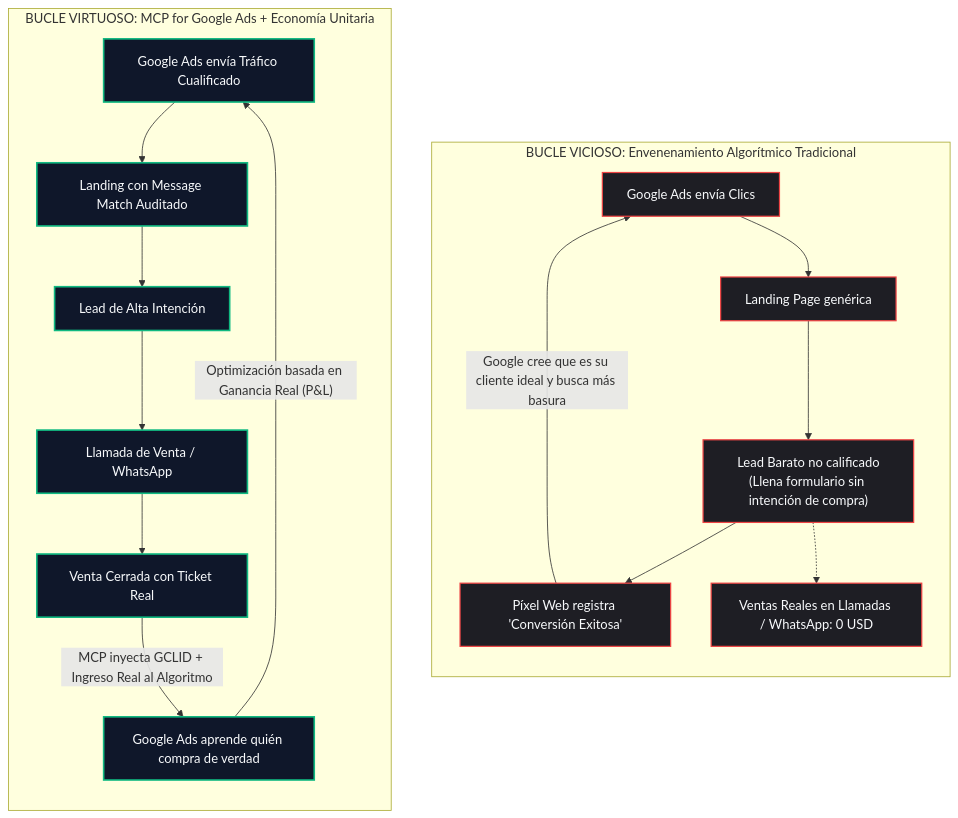
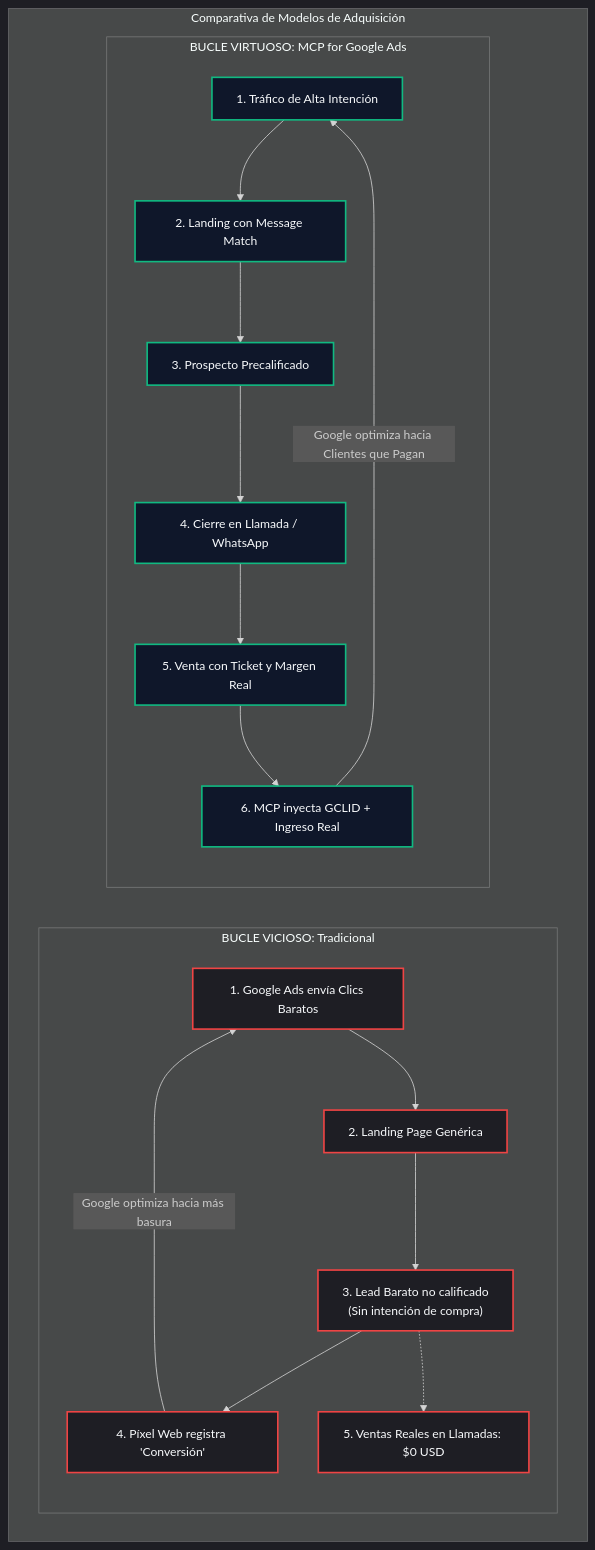
The second of 3 diagrams in README_es.md (eddvasquez/mcp-for-google-ads), drawn with Mermaid before and after one commit. The commit also changed other lines of this file and 1 other file, not shown here.

Commit message:
docs(diagrams): optimizar tamano de fuentes, padding y wrapping para ajuste perfecto 1:1 en GitHub

````diff
--- a/README_es.md
+++ b/README_es.md
@@ -128,26 +129,37 @@
 ```mermaid
+%%{init: {'theme': 'dark', 'themeVariables': { 'fontSize': '15px' }}}%%
 flowchart TD
-    subgraph POISON ["BUCLE VICIOSO: Envenenamiento Algorítmico Tradicional"]
-        direction TB
-        P1["Google Ads envía Clics"] --> P2["Landing Page genérica"]
-        P2 --> P3["Lead Barato no calificado<br>(Llena formulario sin intención de compra)"]
-        P3 --> P4["Píxel Web registra 'Conversión Exitosa'"]
-        P4 -->|"Google cree que es su cliente ideal y busca más basura"| P1
-        P3 -.-> P5["Ventas Reales en Llamadas / WhatsApp: 0 USD"]
+    subgraph BUCLES ["Comparativa de Modelos de Adquisición"]
+        direction LR
+        subgraph POISON ["BUCLE VICIOSO: Tradicional"]
+            direction TB
+            P1["1. Google Ads envía Clics Baratos"]
+            P2["2. Landing Page Genérica"]
+            P3["3. Lead Barato no calificado<br>(Sin intención de compra)"]
+            P4["4. Píxel Web registra 'Conversión'"]
+            P5["5. Ventas Reales en Llamadas: $0 USD"]
+
+            P1 --> P2 --> P3 --> P4
+            P4 -->|"Google optimiza hacia más basura"| P1
+            P3 -.-> P5
+        end
+
+        subgraph CURE ["BUCLE VIRTUOSO: MCP for Google Ads"]
+            direction TB
+            C1["1. Tráfico de Alta Intención"]
+            C2["2. Landing con Message Match"]
+            C3["3. Prospecto Precalificado"]
+            C4["4. Cierre en Llamada / WhatsApp"]
+            C5["5. Venta con Ticket y Margen Real"]
+            C6["6. MCP inyecta GCLID + Ingreso Real"]
+
+            C1 --> C2 --> C3 --> C4 --> C5 --> C6
+            C6 -->|"Google optimiza hacia Clientes que Pagan"| C1
+        end
     end
 
-    subgraph CURE ["BUCLE VIRTUOSO: MCP for Google Ads + Economía Unitaria"]
-        direction TB
-        C1["Google Ads envía Tráfico Cualificado"] --> C2["Landing con Message Match Auditado"]
-        C2 --> C3["Lead de Alta Intención"]
-        C3 --> C4["Llamada de Venta / WhatsApp"]
-        C4 --> C5["Venta Cerrada con Ticket Real"]
-        C5 -->|"MCP inyecta GCLID + Ingreso Real al Algoritmo"| C6["Google Ads aprende quién compra de verdad"]
-        C6 -->|"Optimización basada en Ganancia Real (P&L)"| C1
-    end
-
-    classDef bad fill:#1e1e24,stroke:#ef4444,stroke-width:1.5px,color:#f8fafc;
+    classDef bad fill:#1e1e24,stroke:#ef4444,stroke-width:2px,color:#f8fafc;
     classDef good fill:#0f172a,stroke:#10b981,stroke-width:2px,color:#f8fafc;
     class P1,P2,P3,P4,P5 bad;
     class C1,C2,C3,C4,C5,C6 good;
 ```
````
